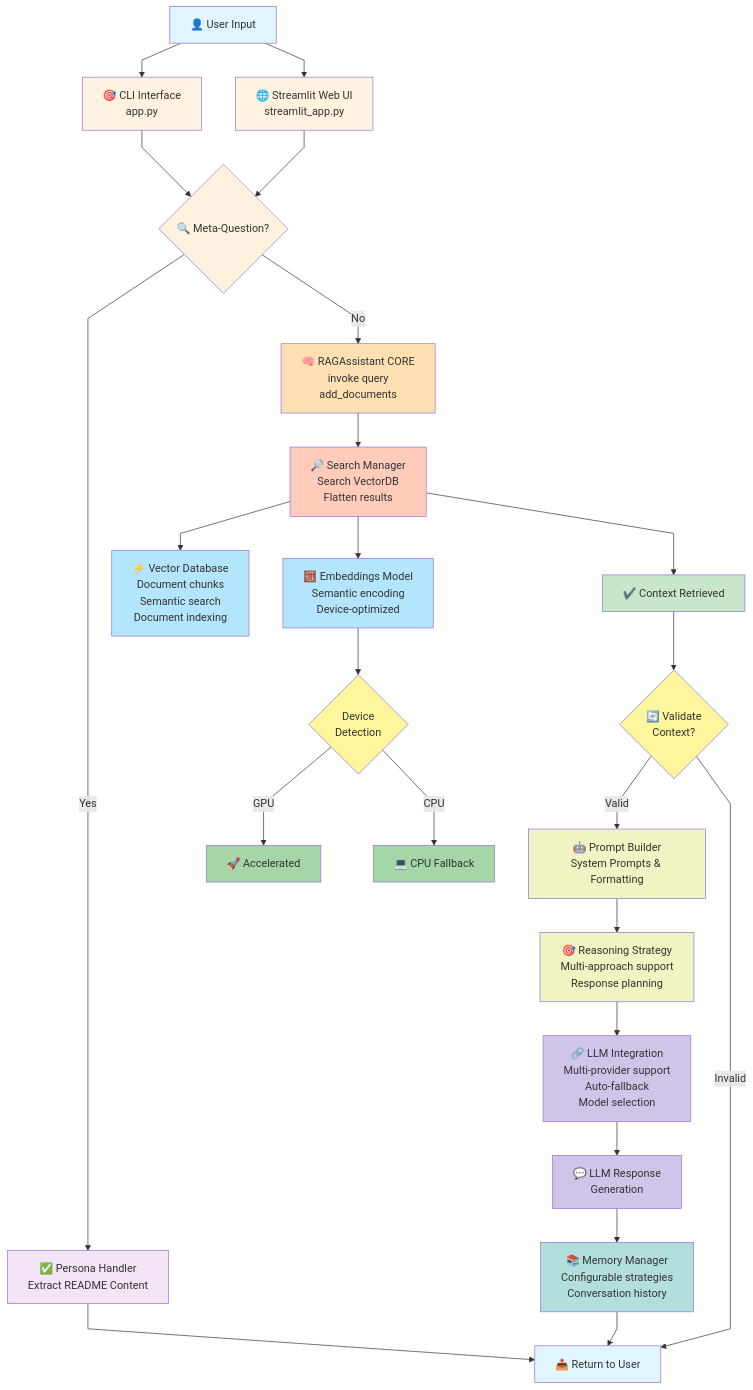
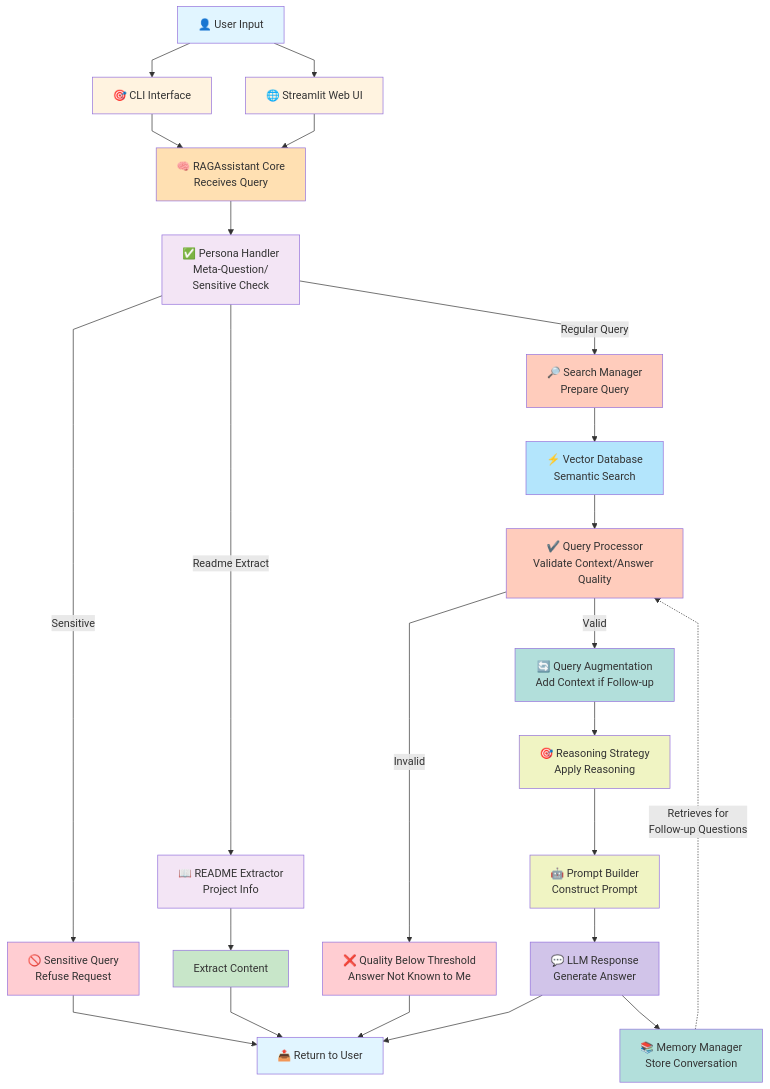
One commit to sonyjtp/rt-aaidc-rag-based-assistant changed the first of 8 diagrams in ARCHITECTURE_DIAGRAM.md. Above: the diagram before and after it, drawn with Mermaid. The commit also changed other lines of this file and 58 other files, not shown here.

````diff
--- a/ARCHITECTURE_DIAGRAM.md
+++ b/ARCHITECTURE_DIAGRAM.md
@@ -5,60 +5,58 @@
 ```mermaid
 %%{init: {'flowchart': {'curve': 'linear'}}}%%
 graph TD
-    A["👤 User Input"] --> B["🎯 CLI Interface<br/>app.py"]
-    A --> C["🌐 Streamlit Web UI<br/>streamlit_app.py"]
-    
-    B --> D{🔍 Meta-Question?}
+    A["👤 User Input"] --> B["🎯 CLI Interface"]
+    A --> C["🌐 Streamlit Web UI"]
+
+    B --> D["🧠 RAGAssistant Core<br/>Receives Query"]
     C --> D
-    
-    D -->|Yes| E["✅ Persona Handler<br/>Extract README Content"]
-    D -->|No| F["🧠 RAGAssistant CORE<br/>invoke query<br/>add_documents"]
-    
-    E --> Z["📤 Return to User"]
-    
-    F --> G["🔎 Search Manager<br/>Search VectorDB<br/>Flatten results"]
-    
-    G --> J["⚡ Vector Database<br/>Document chunks<br/>Semantic search<br/>Document indexing"]
-    G --> K["🧮 Embeddings Model<br/>Semantic encoding<br/>Device-optimized"]
-    
-    K --> L{Device<br/>Detection}
-    L -->|GPU| M["🚀 Accelerated"]
-    L -->|CPU| O["💻 CPU Fallback"]
-    
-    G --> P["✔️ Context Retrieved"]
-    P --> H{🔄 Validate<br/>Context?}
-    
-    H -->|Valid| Q["🤖 Prompt Builder<br/>System Prompts & Formatting"]
-    H -->|Invalid| Z
-    
-    Q --> R["🎯 Reasoning Strategy<br/>Multi-approach support<br/>Response planning"]
-    
-    R --> S["🔗 LLM Integration<br/>Multi-provider support<br/>Auto-fallback<br/>Model selection"]
-    
-    S --> T["💬 LLM Response<br/>Generation"]
-    
-    T --> U["📚 Memory Manager<br/>Configurable strategies<br/>Conversation history"]
-    
-    U --> Z
-    
+
+    D --> E["✅ Persona Handler<br/>Meta-Question/<br/>Sensitive Check"]
+
+    E -->|Sensitive| S["🚫 Sensitive Query<br/>Refuse Request"]
+    S --> Z["📤 Return to User"]
+    E -->|Readme Extract| F2["📖 README Extractor<br/>Project Info"]
+    F2 --> F3["Extract Content"]
+    F3 --> Z
+
+    E -->|Regular Query| G["🔎 Search Manager<br/>Prepare Query"]
+
+    G --> H["⚡ Vector Database<br/>Semantic Search"]
+
+    H --> I["✔️ Query Processor<br/>Validate Context/Answer Quality"]
+
+    I -->|Invalid| J["❌ Quality Below Threshold<br/>Answer Not Known to Me"]
+    J --> Z
+
+    I -->|Valid| QA["🔄 Query Augmentation<br/>Add Context if Follow-up"]
+
+    QA --> L["🎯 Reasoning Strategy<br/>Apply Reasoning"]
+
+    L --> K["🤖 Prompt Builder<br/>Construct Prompt"]
+
+    K --> N["💬 LLM Response<br/>Generate Answer"]
+
+    N --> O["📚 Memory Manager<br/>Store Conversation"]
+    N --> Z["📤 Return to User"]
+
+    O -.->|Retrieves for<br/>Follow-up Questions| I
+
     style A fill:#e1f5ff
     style B fill:#fff3e0
     style C fill:#fff3e0
-    style D fill:#fff3e0
+    style D fill:#ffe0b2
     style E fill:#f3e5f5
-    style F fill:#ffe0b2
+    style S fill:#ffcdd2
+    style F2 fill:#f3e5f5
+    style F3 fill:#c8e6c9
     style G fill:#ffccbc
-    style H fill:#fff59d
-    style J fill:#b3e5fc
-    style K fill:#b3e5fc
-    style L fill:#fff59d
-    style M fill:#a5d6a7
-    style O fill:#a5d6a7
-    style P fill:#c8e6c9
-    style Q fill:#f0f4c3
-    style R fill:#f0f4c3
-    style S fill:#d1c4e9
-    style T fill:#d1c4e9
-    style U fill:#b2dfdb
+    style H fill:#b3e5fc
+    style I fill:#ffccbc
+    style J fill:#ffcdd2
+    style QA fill:#b2dfdb
+    style L fill:#f0f4c3
+    style K fill:#f0f4c3
+    style N fill:#d1c4e9
+    style O fill:#b2dfdb
     style Z fill:#e1f5ff
 ```
````
